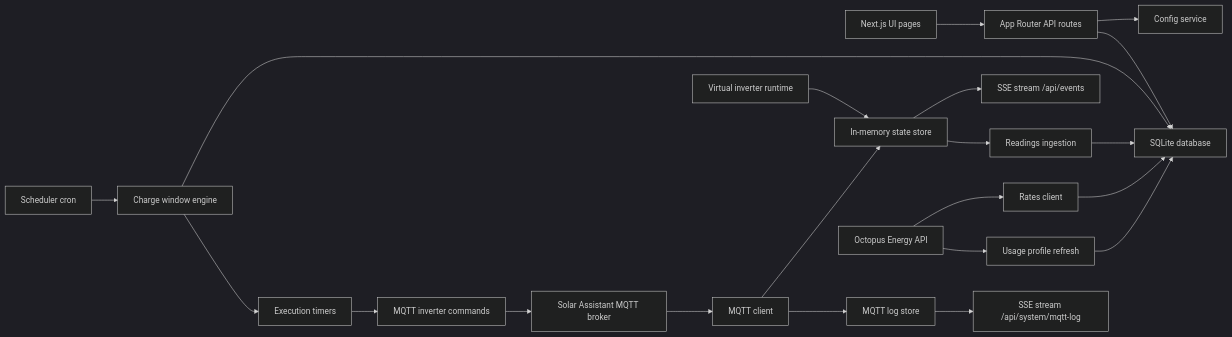
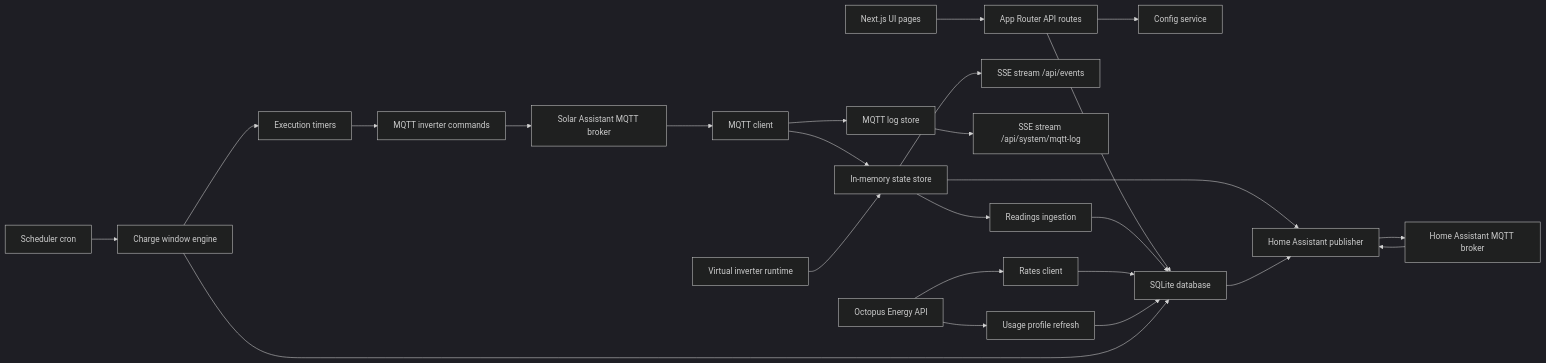
The diagram in docs/architecture.md (jjbrunton/SolarBuddy), drawn with Mermaid (dark theme) before and after one commit. The commit also changed other lines of this file and 27 other files, not shown here.

First line of the commit message:
feat(home-assistant): add MQTT Discovery publisher integration

````diff
--- a/docs/architecture.md
+++ b/docs/architecture.md
@@ -9,23 +9,27 @@
 ```mermaid
 flowchart LR
   UI["Next.js UI pages"] --> API["App Router API routes"]
   API --> CFG["Config service"]
   API --> DB["SQLite database"]
   MQTT["Solar Assistant MQTT broker"] --> MQ["MQTT client"]
   MQ --> STATE["In-memory state store"]
   VIRT["Virtual inverter runtime"] --> STATE
   MQ --> MLOG["MQTT log store"]
   STATE --> SSE["SSE stream /api/events"]
   MLOG --> MLOGSSE["SSE stream /api/system/mqtt-log"]
   STATE --> SNAP["Readings ingestion"]
   SNAP --> DB
   OCT["Octopus Energy API"] --> RATES["Rates client"]
   RATES --> DB
   OCT --> USAGE["Usage profile refresh"]
   USAGE --> DB
   CRON["Scheduler cron"] --> ENGINE["Charge window engine"]
   ENGINE --> DB
   ENGINE --> EXEC["Execution timers"]
   EXEC --> CMD["MQTT inverter commands"]
   CMD --> MQTT
+  STATE --> HA["Home Assistant publisher"]
+  DB --> HA
+  HA --> HAMQTT["Home Assistant MQTT broker"]
+  HAMQTT --> HA
 ```
````
